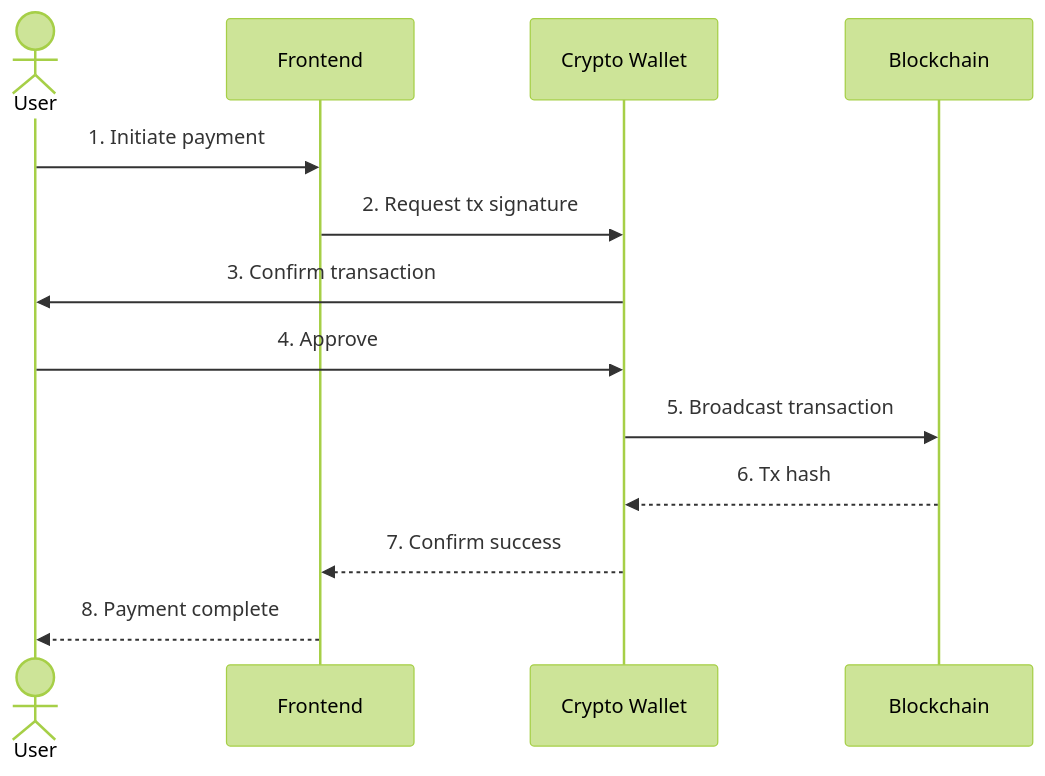
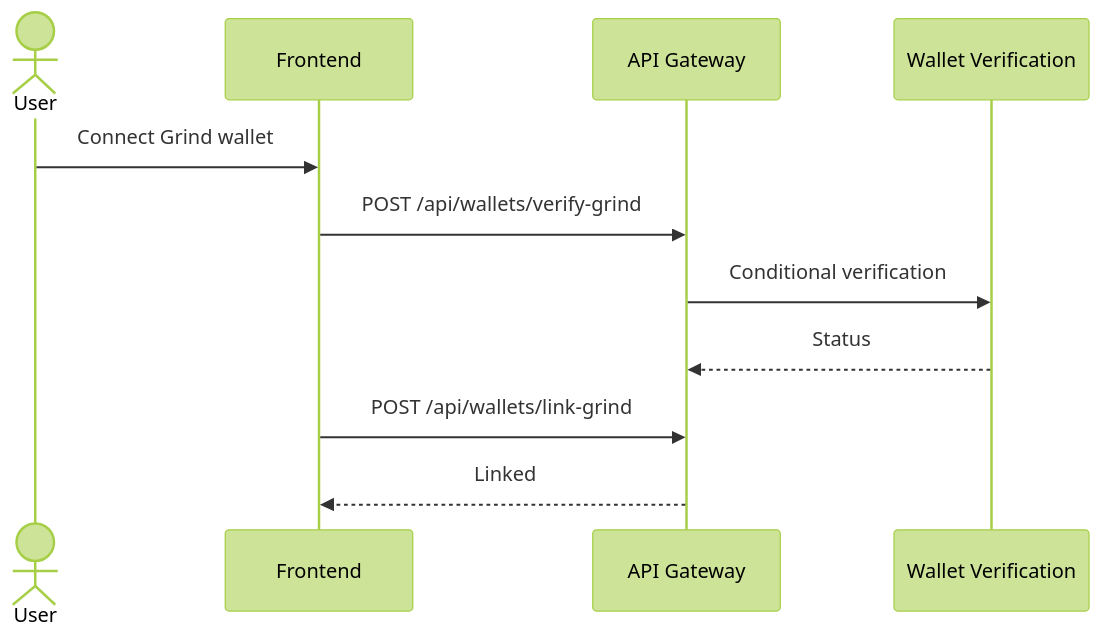
Before and after one commit to shark-research/safedrop-app: the third of 4 diagrams in docs/workflow.md, drawn with Mermaid (forest theme). The commit also changed other lines of this file and 47 other files, not shown here.

````diff
--- a/docs/workflow.md
+++ b/docs/workflow.md
@@ -98,16 +80,14 @@
 ```mermaid
 sequenceDiagram
     actor U as User
     participant FE as Frontend
-    participant CW as Crypto Wallet
-    participant BC as Blockchain
-    
-    U->>FE: 1. Initiate payment
-    FE->>CW: 2. Request tx signature
-    CW->>U: 3. Confirm transaction
-    U->>CW: 4. Approve
-    CW->>BC: 5. Broadcast transaction
-    BC-->>CW: 6. Tx hash
-    CW-->>FE: 7. Confirm success
-    FE-->>U: 8. Payment complete
+    participant GW as API Gateway
+    participant WV as Wallet Verification
+
+    U->>FE: Connect Grind wallet
+    FE->>GW: POST /api/wallets/verify-grind
+    GW->>WV: Conditional verification
+    WV-->>GW: Status
+    FE->>GW: POST /api/wallets/link-grind
+    GW-->>FE: Linked
 ```
````
